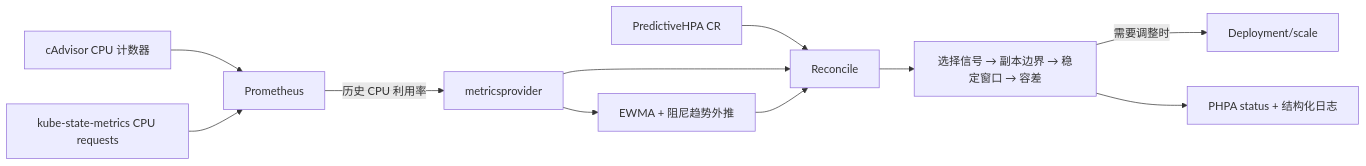
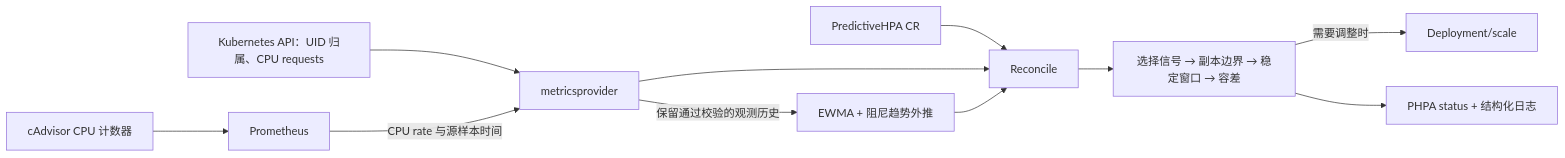
Before and after one commit to TH1NKING/predictive-hpa: the diagram in README.md, drawn with Mermaid. The commit also changed other lines of this file and 30 other files, not shown here.

````diff
--- a/README.md
+++ b/README.md
@@ -30,13 +30,13 @@
 ```mermaid
 flowchart LR
     A["cAdvisor CPU 计数器"] --> P[Prometheus]
-    B["kube-state-metrics CPU requests"] --> P
-    P -->|历史 CPU 利用率| M[metricsprovider]
+    B["Kubernetes API：UID 归属、CPU requests"] --> M
+    P -->|CPU rate 与源样本时间| M[metricsprovider]
     C["PredictiveHPA CR"] --> R[Reconcile]
-    M --> E["EWMA + 阻尼趋势外推"]
+    M -->|保留通过校验的观测历史| E["EWMA + 阻尼趋势外推"]
     M --> R
     E --> R
     R --> D["选择信号 → 副本边界 → 稳定窗口 → 容差"]
     D -->|需要调整时| S["Deployment/scale"]
     D --> O["PHPA status + 结构化日志"]
 ```
````
